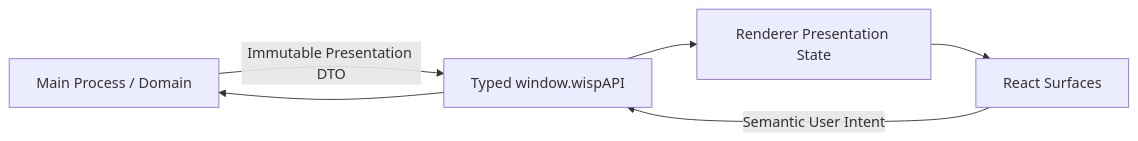
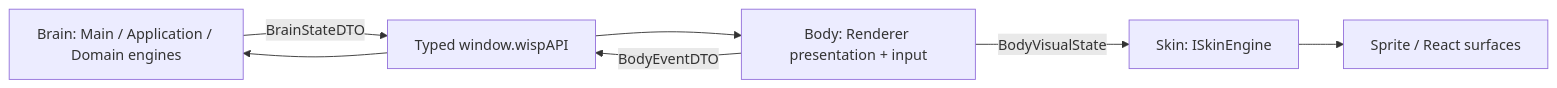
The diagram in docs/engine/UI_SPEC.md (zyzycode/project_wisp), drawn with Mermaid before and after one commit. The commit also changed other lines of this file and 12 other files, not shown here.

Commit message:
feat(architect): define Brain Body Skin contracts (AUTO-A08)

````diff
--- a/docs/engine/UI_SPEC.md
+++ b/docs/engine/UI_SPEC.md
@@ -15,8 +15,9 @@
 ```mermaid
 flowchart LR
-  Main[Main Process / Domain] -->|Immutable Presentation DTO| Preload[Typed window.wispAPI]
-  Preload --> Store[Renderer Presentation State]
-  Store --> UI[React Surfaces]
-  UI -->|Semantic User Intent| Preload
-  Preload --> Main
+  Brain[Brain: Main / Application / Domain engines] -->|BrainStateDTO| Preload[Typed window.wispAPI]
+  Preload --> Body[Body: Renderer presentation + input]
+  Body -->|BodyVisualState| Skin[Skin: ISkinEngine]
+  Skin --> UI[Sprite / React surfaces]
+  Body -->|BodyEventDTO| Preload
+  Preload --> Brain
 ```
````
